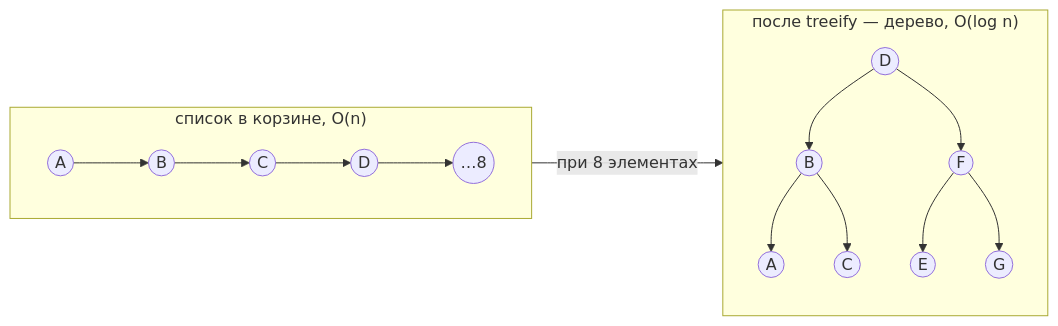
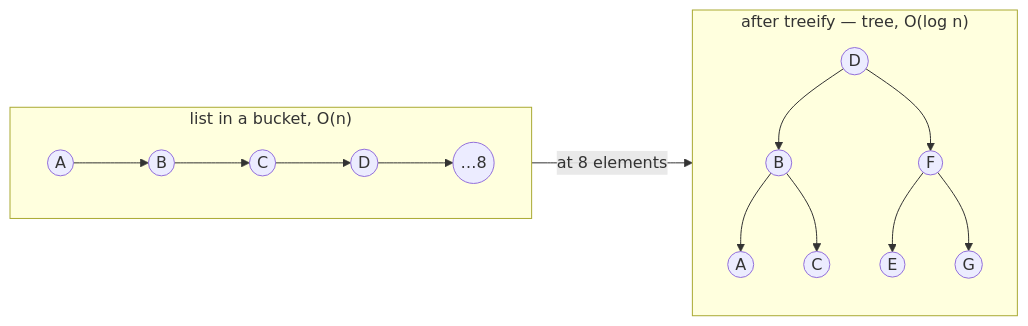
The diagram in docs/concepts/hashmap-internals.md (aidarkazybekov/java-foundations), drawn with Mermaid before and after one commit. The commit also changed other lines of this file and 24 other files, not shown here.

````diff
--- a/docs/concepts/hashmap-internals.md
+++ b/docs/concepts/hashmap-internals.md
@@ -79,17 +79,17 @@
 ```mermaid
 graph LR
-  subgraph after["после treeify — дерево, O(log n)"]
+  subgraph after["after treeify — tree, O(log n)"]
     direction TB
     T1((D)) --> T2((B))
     T1 --> T3((F))
     T2 --> T4((A))
     T2 --> T5((C))
     T3 --> T6((E))
     T3 --> T7((G))
   end
-  subgraph before["список в корзине, O(n)"]
+  subgraph before["list in a bucket, O(n)"]
     direction LR
     L1((A)) --> L2((B)) --> L3((C)) --> L4((D)) --> L5((…8))
   end
-  before -->|"при 8 элементах"| after
+  before -->|"at 8 elements"| after
 ```
````
